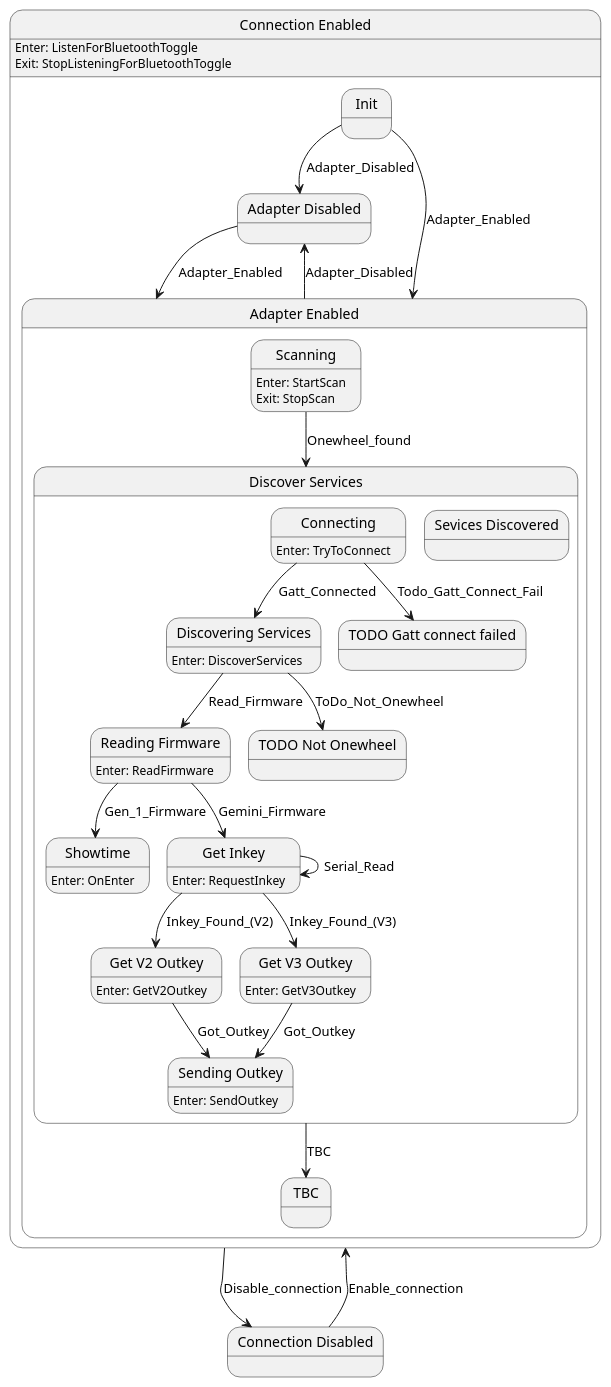
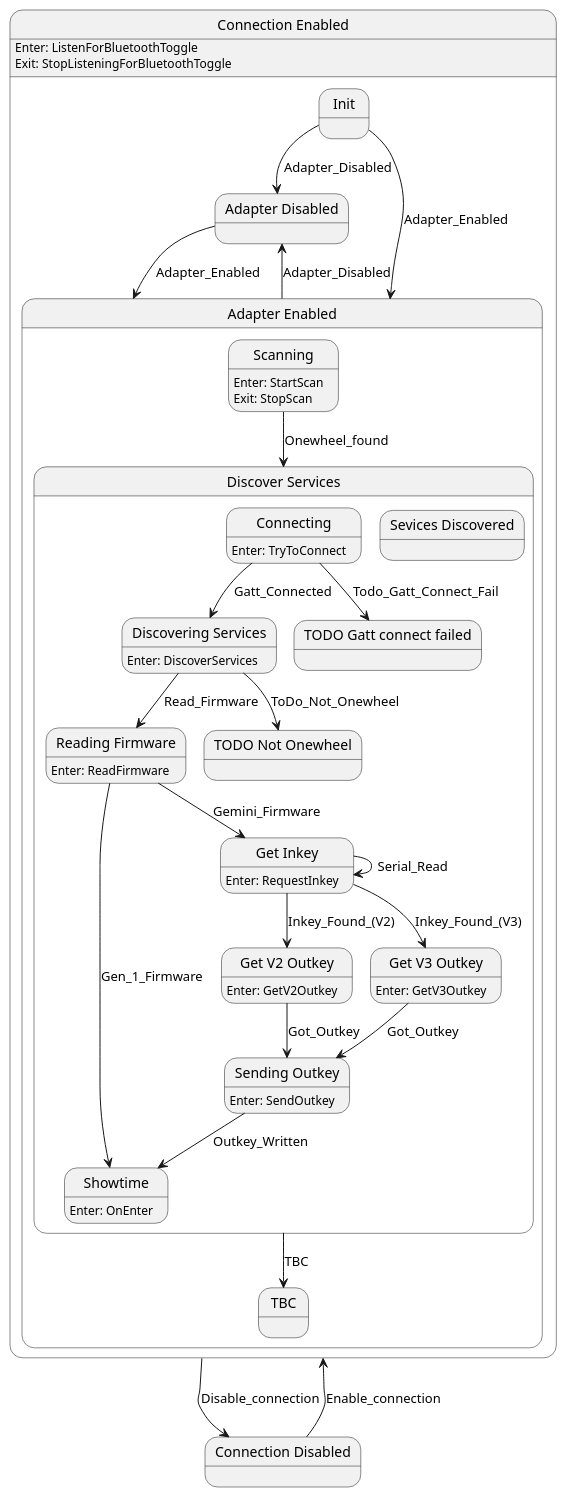
Before and after one commit to tekkies/android-ponewheel: the diagram in doc/ponewheel-state.plantuml, drawn with PlantUML. The commit also changed 2 other files, not shown here.

```diff
--- a/doc/ponewheel-state.plantuml
+++ b/doc/ponewheel-state.plantuml
@@ -1,70 +1,71 @@
 @startuml
 state "Connection Enabled" as Connection_Enabled  {
     state "Adapter Disabled" as Adapter_Disabled  {
     }
     state "Adapter Enabled" as Adapter_Enabled  {
         state "Discover Services" as Discover_Services  {
             state "Discovering Services" as Discovering_Services  {
 Discovering_Services : Enter: DiscoverServices
             }
             state "Sevices Discovered" as Sevices_Discovered  {
             }
             state "Reading Firmware" as Reading_Firmware  {
 Reading_Firmware : Enter: ReadFirmware
             }
             state "Showtime" as Showtime  {
 Showtime : Enter: OnEnter
             }
             state "Get Inkey" as Get_Inkey  {
 Get_Inkey : Enter: RequestInkey
             }
             state "Get V2 Outkey" as Get_V2_Outkey  {
 Get_V2_Outkey : Enter: GetV2Outkey
             }
             state "Get V3 Outkey" as Get_V3_Outkey  {
 Get_V3_Outkey : Enter: GetV3Outkey
             }
             state "Sending Outkey" as Sending_Outkey  {
 Sending_Outkey : Enter: SendOutkey
             }
             state "TODO Gatt connect failed" as TODO_Gatt_connect_failed  {
             }
             state "TODO Not Onewheel" as TODO_Not_Onewheel  {
             }
             state "Connecting" as Connecting  {
 Connecting : Enter: TryToConnect
             }
         }
         state "TBC" as TBC  {
         }
         state "Scanning" as Scanning  {
 Scanning : Enter: StartScan\nExit: StopScan
         }
     }
     state "Init" as Init  {
     }
 Connection_Enabled : Enter: ListenForBluetoothToggle\nExit: StopListeningForBluetoothToggle
 }
 state "Connection Disabled" as Connection_Disabled  {
 }
 Adapter_Disabled --> Adapter_Enabled : Adapter_Enabled
 Discovering_Services --> TODO_Not_Onewheel : ToDo_Not_Onewheel
 Discovering_Services --> Reading_Firmware : Read_Firmware
 Reading_Firmware --> Showtime : Gen_1_Firmware
 Reading_Firmware --> Get_Inkey : Gemini_Firmware
 Get_Inkey --> Get_Inkey : Serial_Read
 Get_Inkey --> Get_V2_Outkey : Inkey_Found_(V2)
 Get_Inkey --> Get_V3_Outkey : Inkey_Found_(V3)
 Get_V2_Outkey --> Sending_Outkey : Got_Outkey
 Get_V3_Outkey --> Sending_Outkey : Got_Outkey
+Sending_Outkey --> Showtime : Outkey_Written
 Connecting --> Discovering_Services : Gatt_Connected
 Connecting --> TODO_Gatt_connect_failed : Todo_Gatt_Connect_Fail
 Discover_Services --> TBC : TBC
 Scanning --> Discover_Services : Onewheel_found
 Adapter_Enabled --> Adapter_Disabled : Adapter_Disabled
 Init --> Adapter_Enabled : Adapter_Enabled
 Init --> Adapter_Disabled : Adapter_Disabled
 Connection_Enabled --> Connection_Disabled : Disable_connection
 Connection_Disabled --> Connection_Enabled : Enable_connection
  
 @enduml
```
